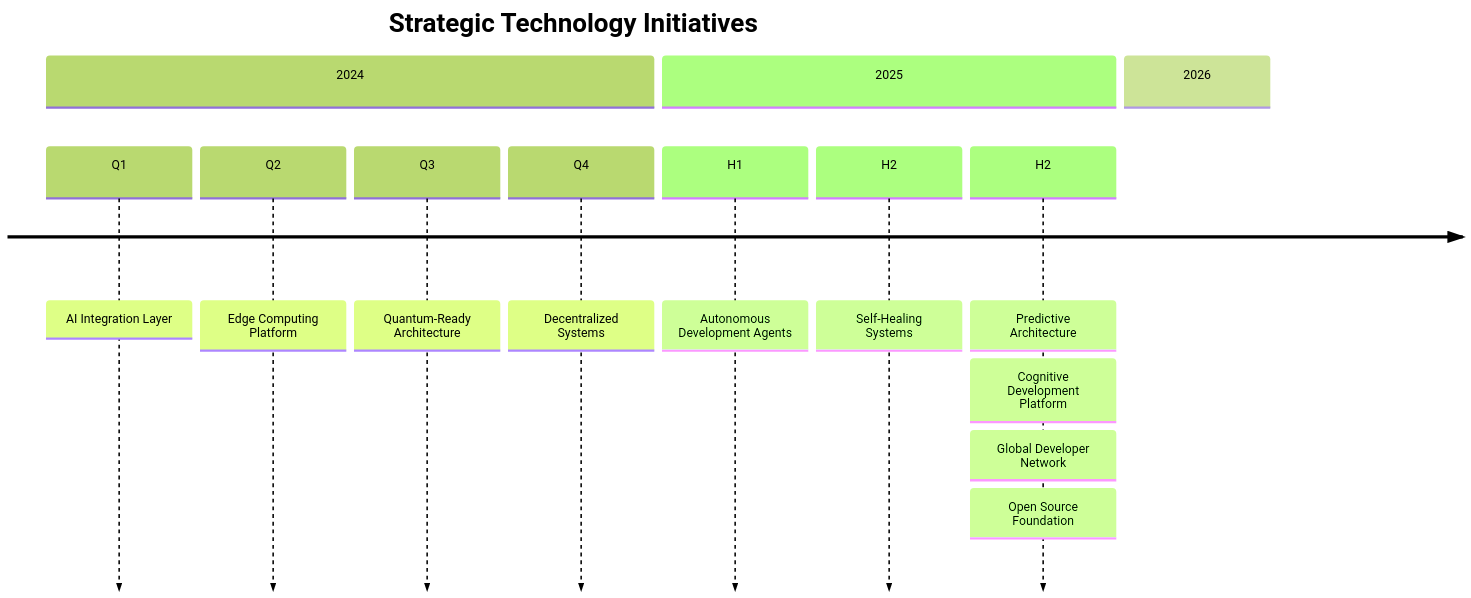
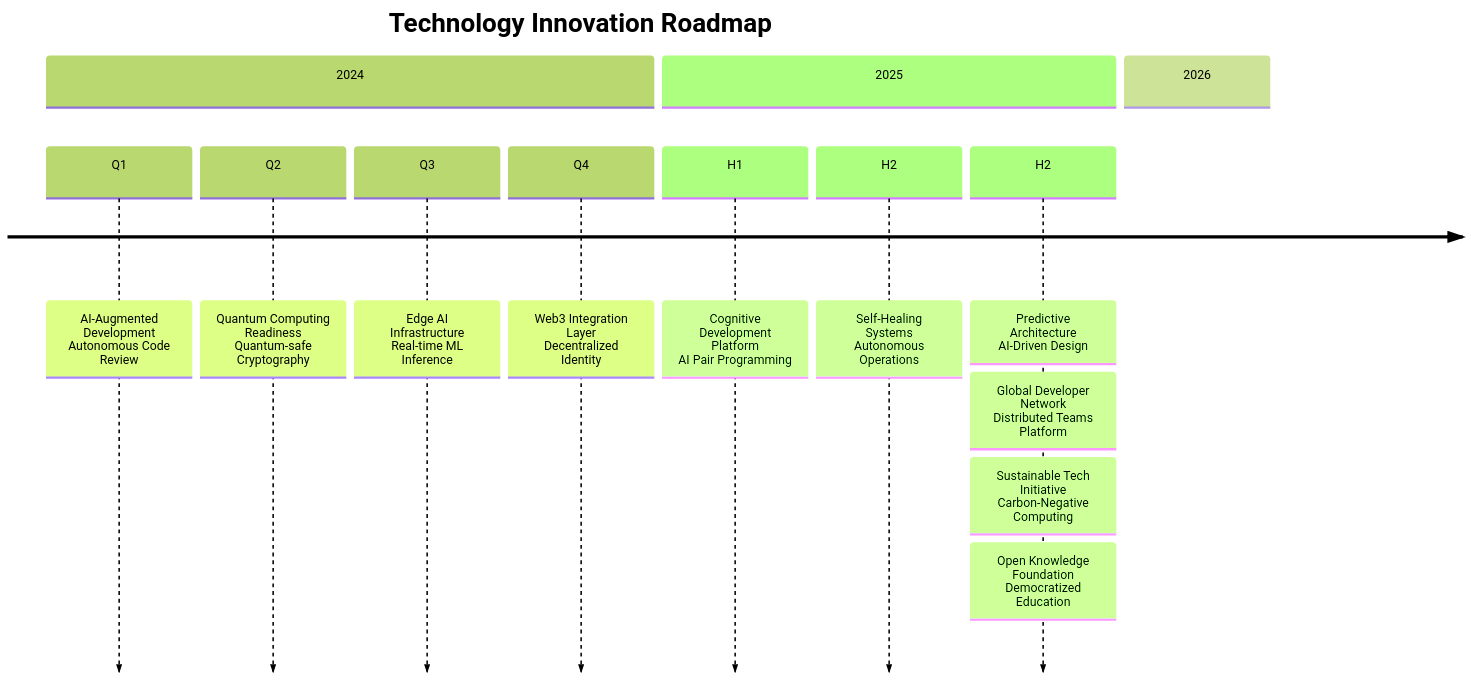
Before and after one commit to mentech93/mentech93: diagram 16 of 17 in README.md, drawn with Mermaid (forest theme). The commit also changed other lines of this file, not shown here.

````diff
--- a/README.md
+++ b/README.md
@@ -544,17 +677,17 @@
 ```mermaid
 timeline
-    title Strategic Technology Initiatives
+    title Technology Innovation Roadmap
     section 2024
-        Q1 : AI Integration Layer
-        Q2 : Edge Computing Platform
-        Q3 : Quantum-Ready Architecture
-        Q4 : Decentralized Systems
+        Q1 : AI-Augmented Development<br>Autonomous Code Review
+        Q2 : Quantum Computing Readiness<br>Quantum-safe Cryptography
+        Q3 : Edge AI Infrastructure<br>Real-time ML Inference
+        Q4 : Web3 Integration Layer<br>Decentralized Identity
     section 2025
-        H1 : Autonomous Development Agents
-        H2 : Self-Healing Systems
-        H2 : Predictive Architecture
+        H1 : Cognitive Development Platform<br>AI Pair Programming
+        H2 : Self-Healing Systems<br>Autonomous Operations
+        H2 : Predictive Architecture<br>AI-Driven Design
     section 2026
-        : Cognitive Development Platform
-        : Global Developer Network
-        : Open Source Foundation
+        : Global Developer Network<br>Distributed Teams Platform
+        : Sustainable Tech Initiative<br>Carbon-Negative Computing
+        : Open Knowledge Foundation<br>Democratized Education
 ```
````
